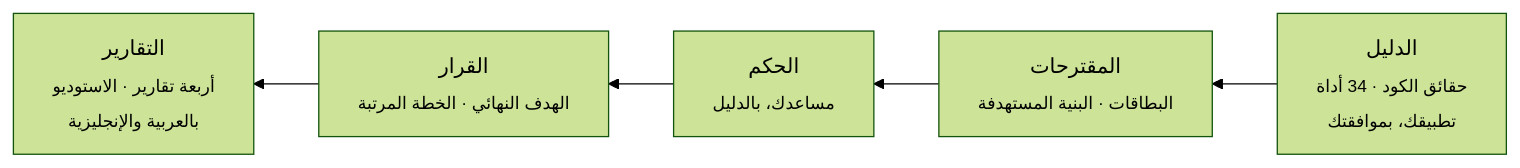
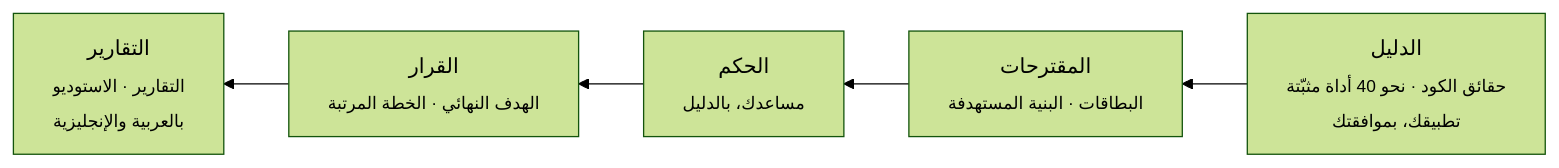
Before and after one commit to eom1417/engineering-audit-os: the diagram in README.ar.md, drawn with Mermaid (forest theme). The commit also changed other lines of this file and 52 other files, not shown here.

````diff
--- a/README.ar.md
+++ b/README.ar.md
@@ -113,7 +145,7 @@
 ```mermaid
 flowchart RL
-  A["الدليل<br/><sub>حقائق الكود · 34 أداة<br/>تطبيقك، بموافقتك</sub>"] --> B["المقترحات<br/><sub>البطاقات · البنية المستهدفة</sub>"]
+  A["الدليل<br/><sub>حقائق الكود · نحو 40 أداة مثبّتة<br/>تطبيقك، بموافقتك</sub>"] --> B["المقترحات<br/><sub>البطاقات · البنية المستهدفة</sub>"]
   B --> C["الحكم<br/><sub>مساعدك، بالدليل</sub>"]
   C --> D["القرار<br/><sub>الهدف النهائي · الخطة المرتبة</sub>"]
-  D --> E["التقارير<br/><sub>أربعة تقارير · الاستوديو<br/>بالعربية والإنجليزية</sub>"]
+  D --> E["التقارير<br/><sub>التقارير · الاستوديو<br/>بالعربية والإنجليزية</sub>"]
 ```
````
